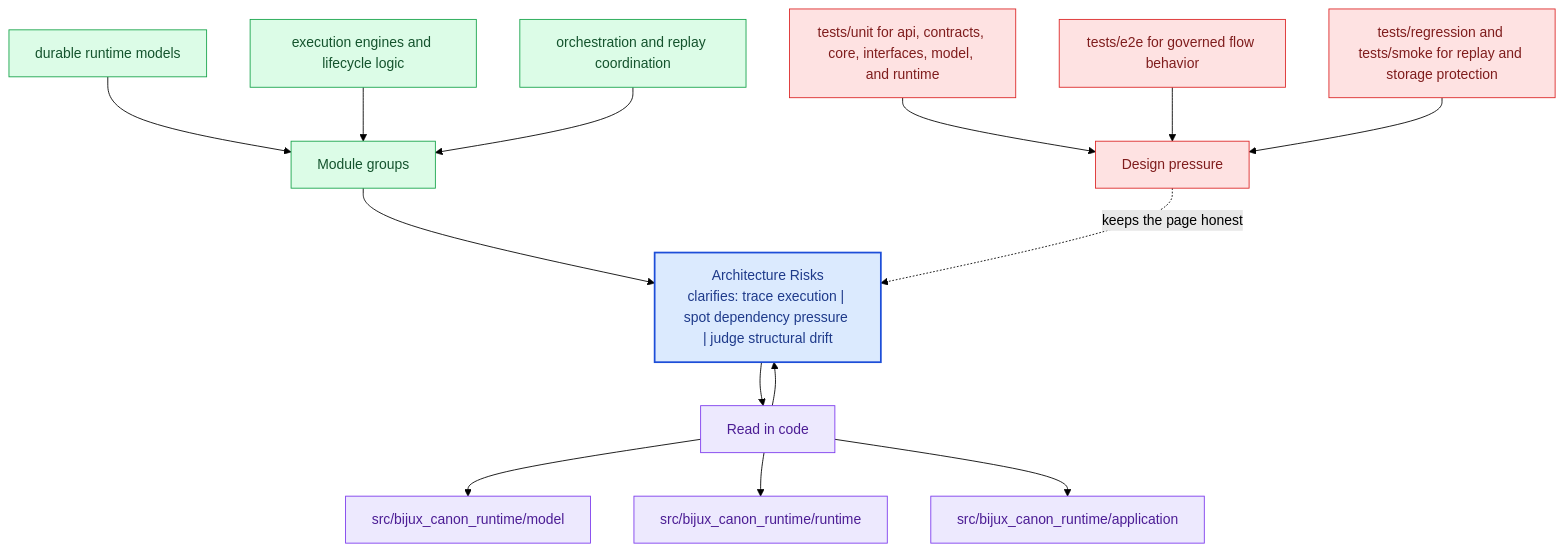
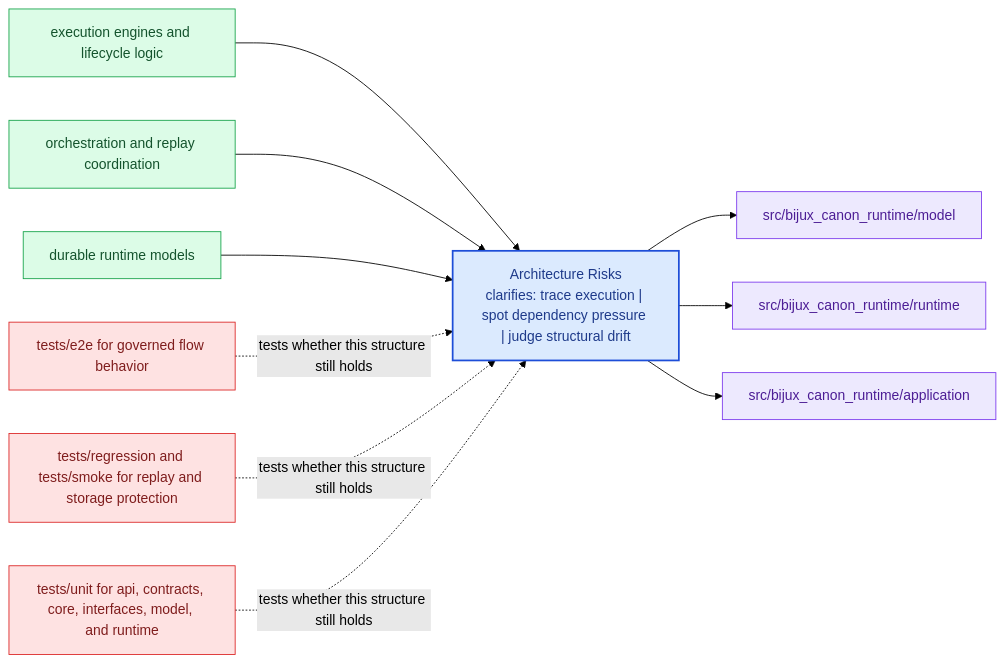
Before and after one commit to bijux/bijux-canon: the diagram in docs/bijux-canon-runtime/architecture/architecture-risks.md, drawn with Mermaid (forest theme). The commit also changed other lines of this file and 281 other files, not shown here.

Commit message:
docs(diagrams): replace repeated mermaid scaffolds with page-specific summaries

````diff
--- a/docs/bijux-canon-runtime/architecture/architecture-risks.md
+++ b/docs/bijux-canon-runtime/architecture/architecture-risks.md
@@ -67,40 +22,31 @@
 ```mermaid
-flowchart TB
-    promise["Architecture Risks<br/>clarifies: trace execution | spot dependency pressure | judge structural drift"]
-    classDef promise fill:#dbeafe,stroke:#1d4ed8,color:#1e3a8a,stroke-width:2px;
-    classDef driver fill:#dcfce7,stroke:#16a34a,color:#14532d;
-    classDef constraint fill:#fee2e2,stroke:#dc2626,color:#7f1d1d;
-    classDef ground fill:#ede9fe,stroke:#7c3aed,color:#4c1d95;
-    focus1["Module groups"]
-    focus1 --> promise
-    focus1_1["durable runtime models"]
-    focus1_1 --> focus1
-    focus1_2["execution engines and lifecycle logic"]
-    focus1_2 --> focus1
-    focus1_3["orchestration and replay coordination"]
-    focus1_3 --> focus1
-    class focus1 driver;
-    class focus1_1,focus1_2,focus1_3 driver;
-    focus2["Read in code"]
-    focus2 --> promise
-    promise --> focus2
-    focus2_1["src/bijux_canon_runtime/model"]
-    focus2 --> focus2_1
-    focus2_2["src/bijux_canon_runtime/runtime"]
-    focus2 --> focus2_2
-    focus2_3["src/bijux_canon_runtime/application"]
-    focus2 --> focus2_3
-    class focus2 ground;
-    class focus2_1,focus2_2,focus2_3 ground;
-    focus3["Design pressure"]
-    focus3 -.keeps the page honest.-> promise
-    focus3_1["tests/unit for api, contracts, core, interfaces, model, and runtime"]
-    focus3_1 --> focus3
-    focus3_2["tests/e2e for governed flow behavior"]
-    focus3_2 --> focus3
-    focus3_3["tests/regression and tests/smoke for replay and storage protection"]
-    focus3_3 --> focus3
-    class focus3 constraint;
-    class focus3_1,focus3_2,focus3_3 constraint;
-    class promise promise;
+flowchart LR
+    page["Architecture Risks<br/>clarifies: trace execution | spot dependency pressure | judge structural drift"]
+    classDef page fill:#dbeafe,stroke:#1d4ed8,color:#1e3a8a,stroke-width:2px;
+    classDef positive fill:#dcfce7,stroke:#16a34a,color:#14532d;
+    classDef caution fill:#fee2e2,stroke:#dc2626,color:#7f1d1d;
+    classDef anchor fill:#ede9fe,stroke:#7c3aed,color:#4c1d95;
+    classDef action fill:#fef3c7,stroke:#d97706,color:#7c2d12;
+    module1["execution engines and lifecycle logic"]
+    module1 --> page
+    module2["orchestration and replay coordination"]
+    module2 --> page
+    module3["durable runtime models"]
+    module3 --> page
+    code1["src/bijux_canon_runtime/model"]
+    page --> code1
+    code2["src/bijux_canon_runtime/runtime"]
+    page --> code2
+    code3["src/bijux_canon_runtime/application"]
+    page --> code3
+    pressure1["tests/e2e for governed flow behavior"]
+    pressure1 -.tests whether this structure still holds.-> page
+    pressure2["tests/regression and tests/smoke for replay and storage protection"]
+    pressure2 -.tests whether this structure still holds.-> page
+    pressure3["tests/unit for api, contracts, core, interfaces, model, and runtime"]
+    pressure3 -.tests whether this structure still holds.-> page
+    class page page;
+    class module1,module2,module3 positive;
+    class code1,code2,code3 anchor;
+    class pressure1,pressure2,pressure3 caution;
 ```
````
